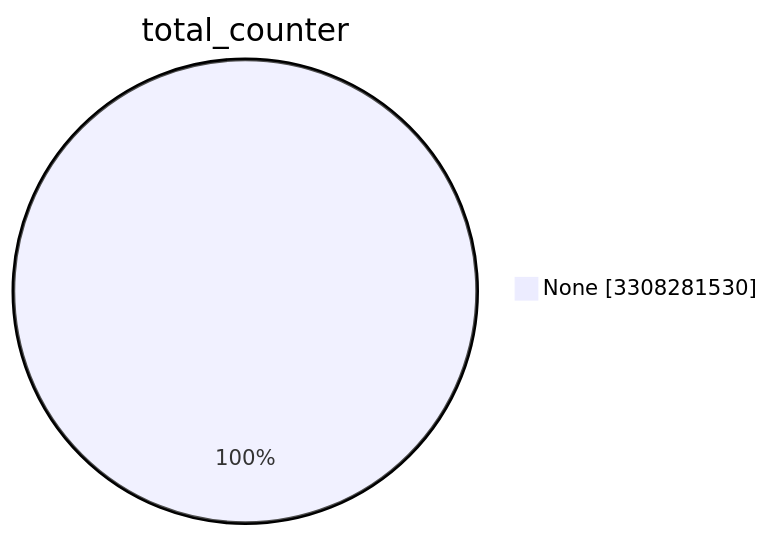
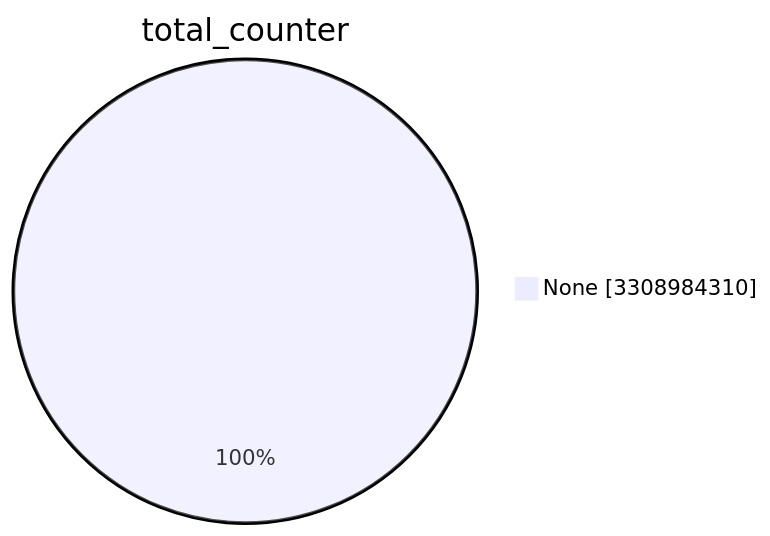
One commit to christiankrug/ctmonitor_visualization changed the first of 15 diagrams in TOTAL/README.md. Above: the diagram before and after it, drawn with Mermaid. The commit also changed other lines of this file, not shown here.

````diff
--- a/TOTAL/README.md
+++ b/TOTAL/README.md
@@ -1,5 +1,5 @@
 ```mermaid
 pie showData
 title total_counter
-"None" :3308281530
+"None" :3308984310
 ```
````
